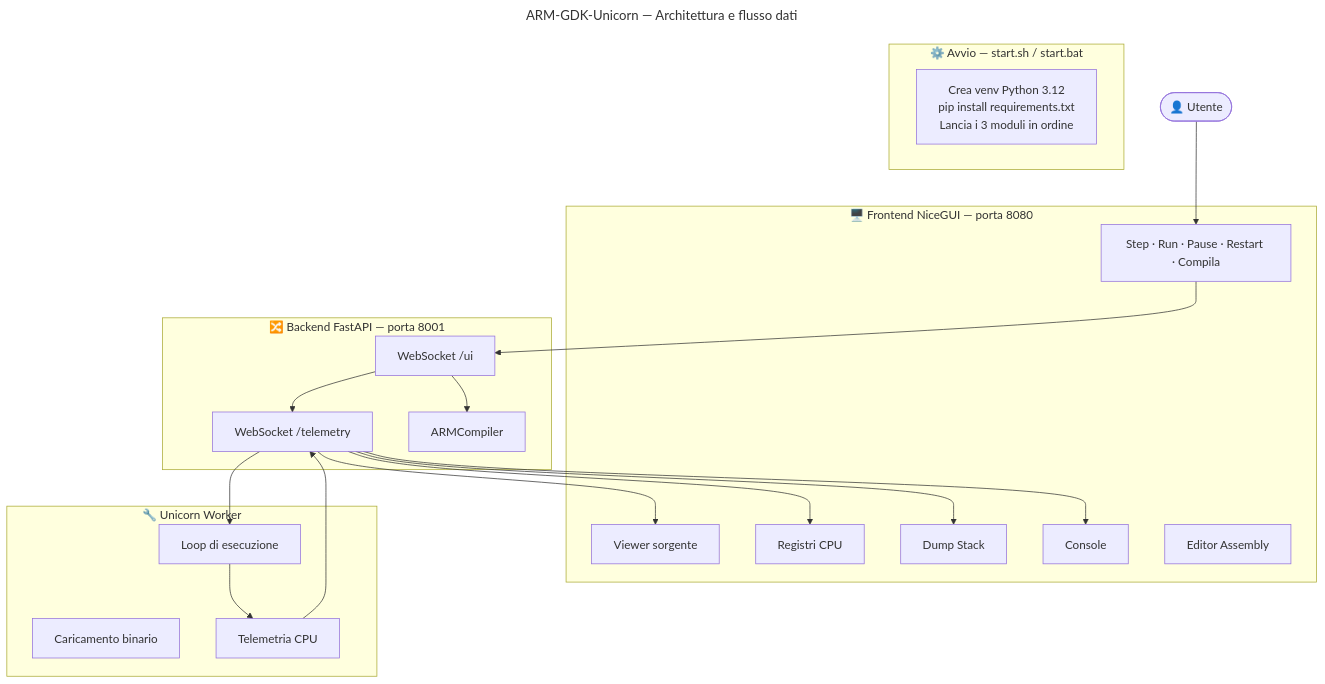
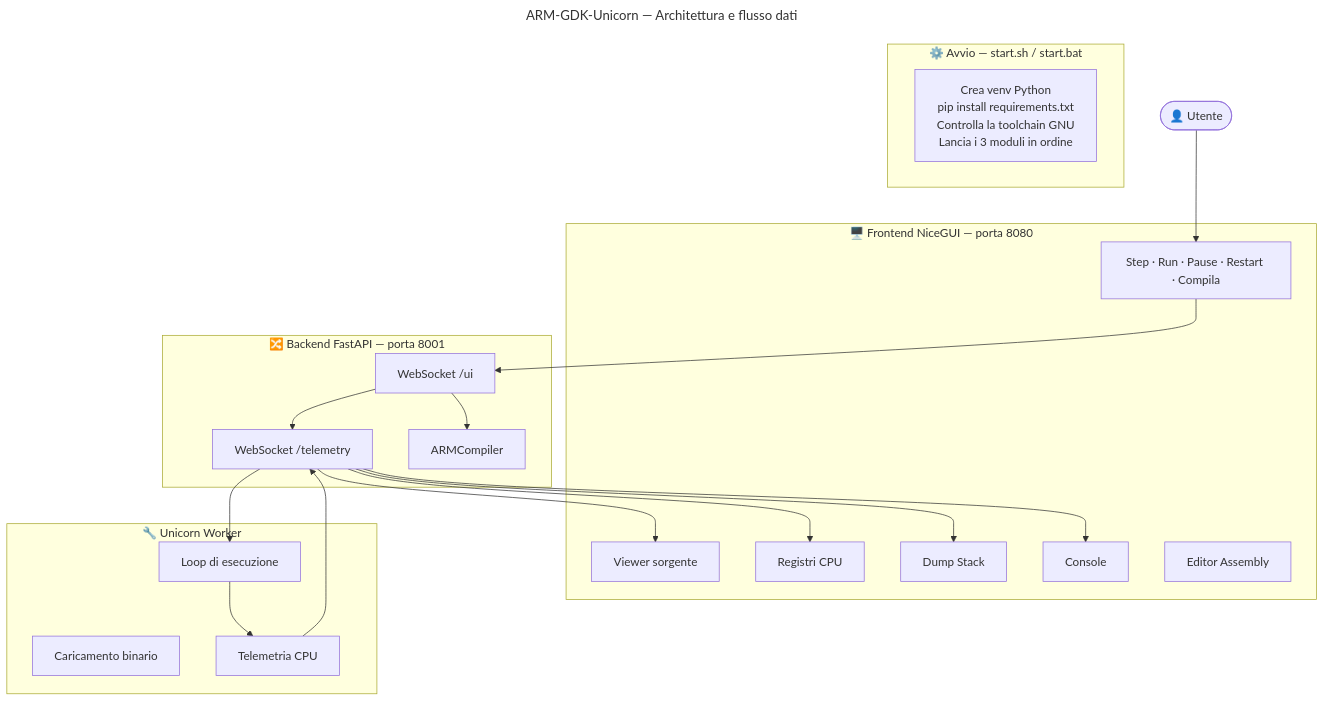
Before and after one commit to EmaLau/ARM-GDK-Unicorn: the diagram in README.md, drawn with Mermaid. The commit also changed other lines of this file and 11 other files, not shown here.

First line of the commit message:
Compiler: use the GNU ARM toolchain instead of Keystone

````diff
--- a/README.md
+++ b/README.md
@@ -49,48 +49,49 @@
 ```mermaid
 ---
 title: ARM-GDK-Unicorn — Architettura e flusso dati
 ---
 flowchart TB
 
     USER(["👤 Utente"])
 
     subgraph BOOT ["⚙️ Avvio — start.sh / start.bat"]
         direction LR
-        SH["Crea venv Python 3.12
+        SH["Crea venv Python
 pip install requirements.txt
+Controlla la toolchain GNU
 Lancia i 3 moduli in ordine"]
     end
 
     subgraph FE ["🖥️ Frontend NiceGUI — porta 8080"]
         FE_SRC["Viewer sorgente"]
         FE_REG["Registri CPU"]
         FE_MEM["Dump Stack"]
         FE_CON["Console"]
         FE_EDT["Editor Assembly"]
         FE_BTN["Step · Run · Pause · Restart · Compila"]
     end
 
     subgraph BE ["🔀 Backend FastAPI — porta 8001"]
         BE_UI["WebSocket /ui"]
         BE_TEL["WebSocket /telemetry"]
         BE_COMP["ARMCompiler"]
     end
 
     subgraph EMU ["🔧 Unicorn Worker"]
         EMU_LOAD["Caricamento binario"]
         EMU_LOOP["Loop di esecuzione"]
         EMU_STATE["Telemetria CPU"]
     end
 
     USER --> FE_BTN
     FE_BTN --> BE_UI
     BE_UI --> BE_COMP
     BE_UI --> BE_TEL
     BE_TEL --> EMU_LOOP
     EMU_LOOP --> EMU_STATE
     EMU_STATE --> BE_TEL
     BE_TEL --> FE_SRC
     BE_TEL --> FE_REG
     BE_TEL --> FE_MEM
     BE_TEL --> FE_CON
 ```
````
